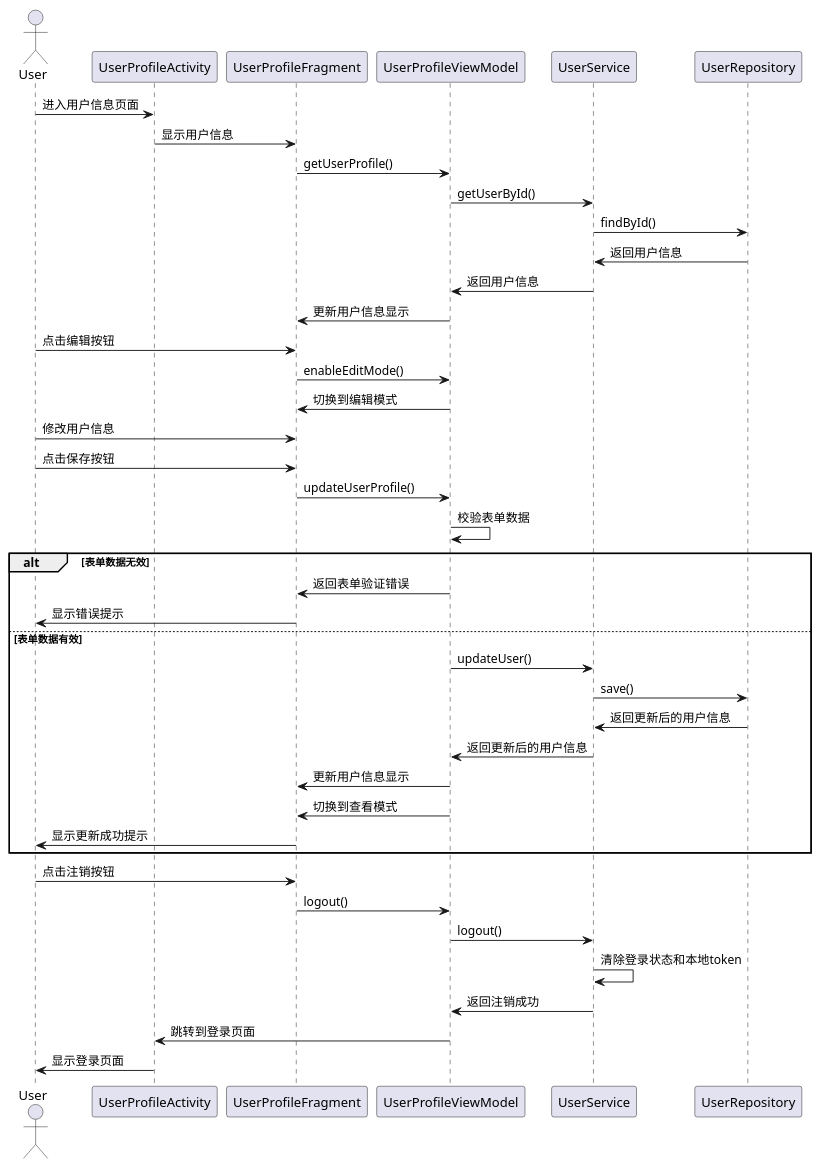
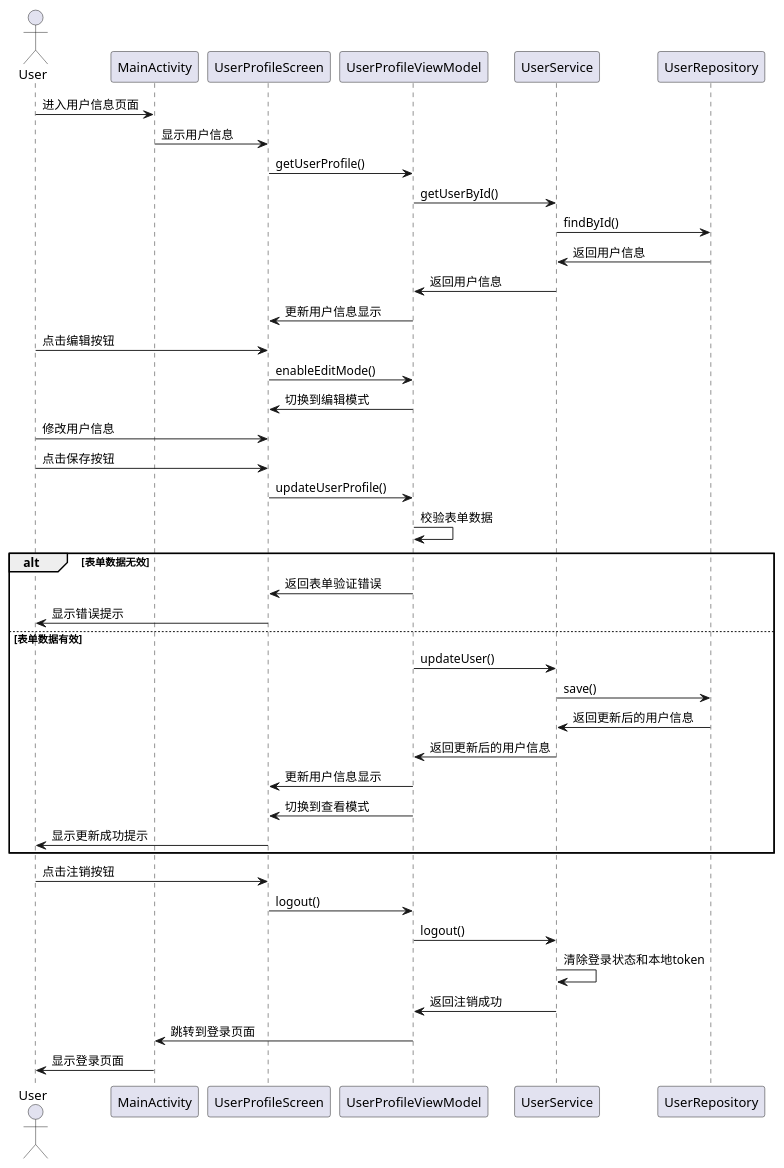
Before and after one commit to Mai-hh/BookCrosser: the diagram in diagrams/uml/用户管理/用户信息管理时序.puml, drawn with PlantUML. The commit also changed 15 other files, not shown here.

```diff
--- a/diagrams/uml/用户管理/用户信息管理时序.puml
+++ b/diagrams/uml/用户管理/用户信息管理时序.puml
@@ -1,50 +1,50 @@
 @startuml
 actor User
-participant UserProfileActivity
-participant UserProfileFragment
+participant MainActivity
+participant UserProfileScreen
 participant UserProfileViewModel
 participant UserService
 participant UserRepository
 
-User -> UserProfileActivity: 进入用户信息页面
-UserProfileActivity -> UserProfileFragment: 显示用户信息
+User -> MainActivity: 进入用户信息页面
+MainActivity -> UserProfileScreen: 显示用户信息
 
-UserProfileFragment -> UserProfileViewModel: getUserProfile()
+UserProfileScreen -> UserProfileViewModel: getUserProfile()
 UserProfileViewModel -> UserService: getUserById()
 UserService -> UserRepository: findById()
 UserRepository -> UserService: 返回用户信息
 UserService -> UserProfileViewModel: 返回用户信息
-UserProfileViewModel -> UserProfileFragment: 更新用户信息显示
+UserProfileViewModel -> UserProfileScreen: 更新用户信息显示
 
-User -> UserProfileFragment: 点击编辑按钮
-UserProfileFragment -> UserProfileViewModel: enableEditMode()
-UserProfileViewModel -> UserProfileFragment: 切换到编辑模式
+User -> UserProfileScreen: 点击编辑按钮
+UserProfileScreen -> UserProfileViewModel: enableEditMode()
+UserProfileViewModel -> UserProfileScreen: 切换到编辑模式
 
-User -> UserProfileFragment: 修改用户信息
-User -> UserProfileFragment: 点击保存按钮
-UserProfileFragment -> UserProfileViewModel: updateUserProfile()
+User -> UserProfileScreen: 修改用户信息
+User -> UserProfileScreen: 点击保存按钮
+UserProfileScreen -> UserProfileViewModel: updateUserProfile()
 
 UserProfileViewModel -> UserProfileViewModel: 校验表单数据
 alt 表单数据无效
-    UserProfileViewModel -> UserProfileFragment: 返回表单验证错误
-    UserProfileFragment -> User: 显示错误提示
+    UserProfileViewModel -> UserProfileScreen: 返回表单验证错误
+    UserProfileScreen -> User: 显示错误提示
 else 表单数据有效
     UserProfileViewModel -> UserService: updateUser()
     UserService -> UserRepository: save()
     UserRepository -> UserService: 返回更新后的用户信息
     UserService -> UserProfileViewModel: 返回更新后的用户信息
 
-    UserProfileViewModel -> UserProfileFragment: 更新用户信息显示
-    UserProfileViewModel -> UserProfileFragment: 切换到查看模式
+    UserProfileViewModel -> UserProfileScreen: 更新用户信息显示
+    UserProfileViewModel -> UserProfileScreen: 切换到查看模式
 
-    UserProfileFragment -> User: 显示更新成功提示
+    UserProfileScreen -> User: 显示更新成功提示
 end
 
-User -> UserProfileFragment: 点击注销按钮
-UserProfileFragment -> UserProfileViewModel: logout()
+User -> UserProfileScreen: 点击注销按钮
+UserProfileScreen -> UserProfileViewModel: logout()
 UserProfileViewModel -> UserService: logout()
 UserService -> UserService: 清除登录状态和本地token
 UserService -> UserProfileViewModel: 返回注销成功
-UserProfileViewModel -> UserProfileActivity: 跳转到登录页面
-UserProfileActivity -> User: 显示登录页面
+UserProfileViewModel -> MainActivity: 跳转到登录页面
+MainActivity -> User: 显示登录页面
 @enduml
```
